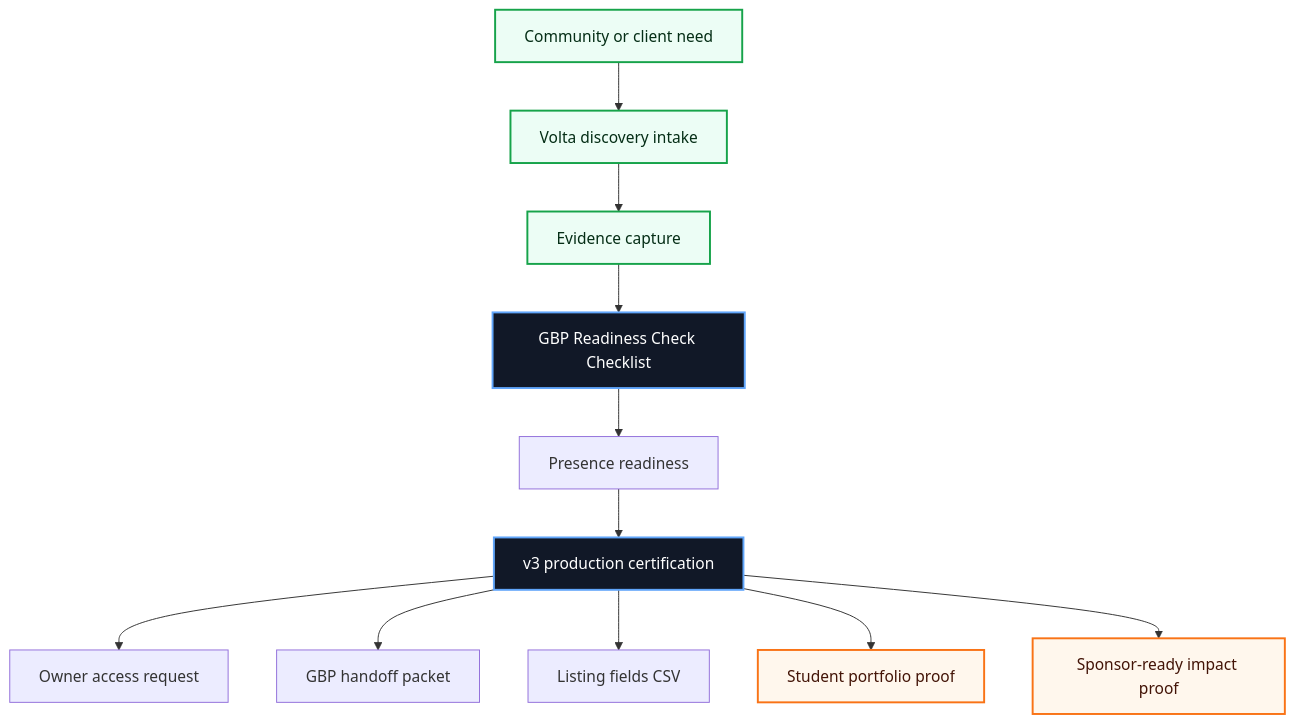
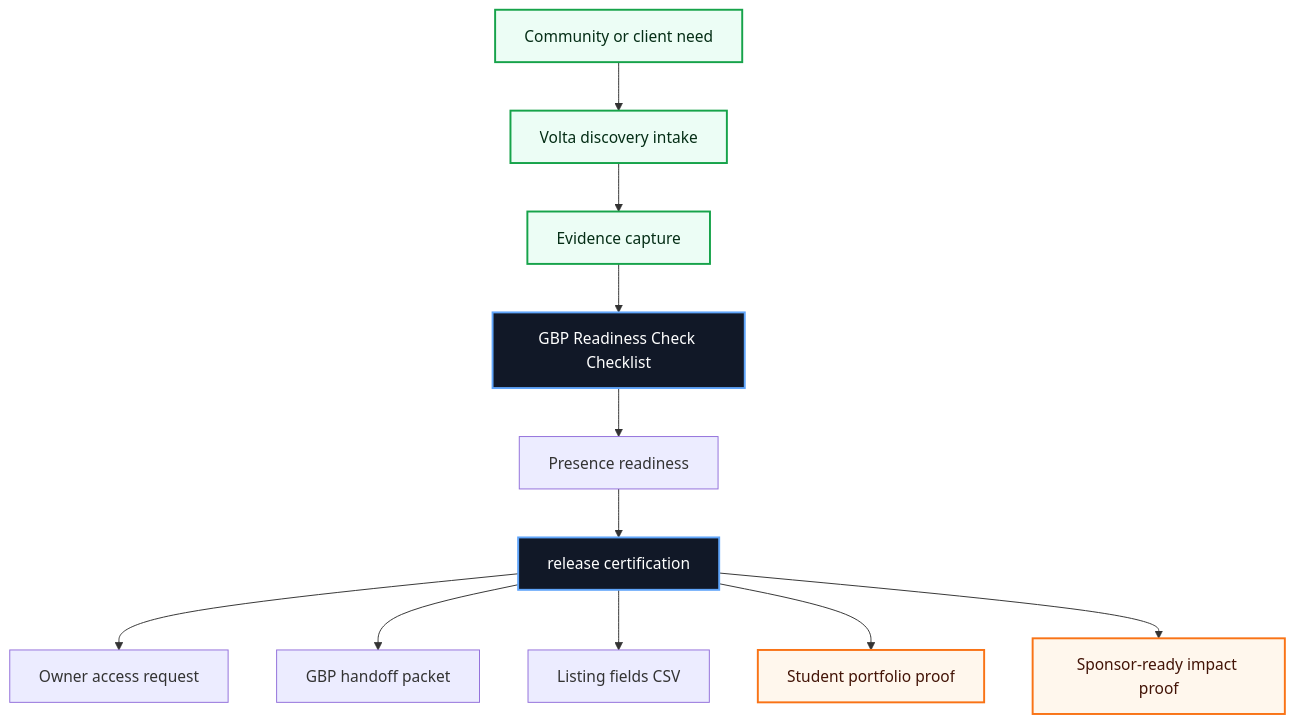
The first of 3 diagrams in README.md (volta-npo/gbp-readiness-check), drawn with Mermaid before and after one commit. The commit also changed other lines of this file and 28 other files, not shown here.

````diff
--- a/README.md
+++ b/README.md
@@ -43,20 +43,20 @@
 ```mermaid
 flowchart TD
     Need["Community or client need"] --> Intake["Volta discovery intake"]
     Intake --> Evidence["Evidence capture"]
     Evidence --> Workbench["GBP Readiness Check Checklist"]
     Workbench --> Score["Presence readiness"]
-    Score --> Cert["v3 production certification"]
+    Score --> Cert["release certification"]
     Cert --> A1["Owner access request"]
     Cert --> A2["GBP handoff packet"]
     Cert --> A3["Listing fields CSV"]
     Cert --> Student["Student portfolio proof"]
     Cert --> Sponsor["Sponsor-ready impact proof"]
 
     classDef volta fill:#111827,stroke:#60a5fa,color:#ffffff,stroke-width:2px;
     classDef equity fill:#ecfdf5,stroke:#16a34a,color:#052e16,stroke-width:2px;
     classDef proof fill:#fff7ed,stroke:#f97316,color:#431407,stroke-width:2px;
     class Workbench,Cert volta;
     class Need,Intake,Evidence equity;
     class Student,Sponsor proof;
 ```
````
